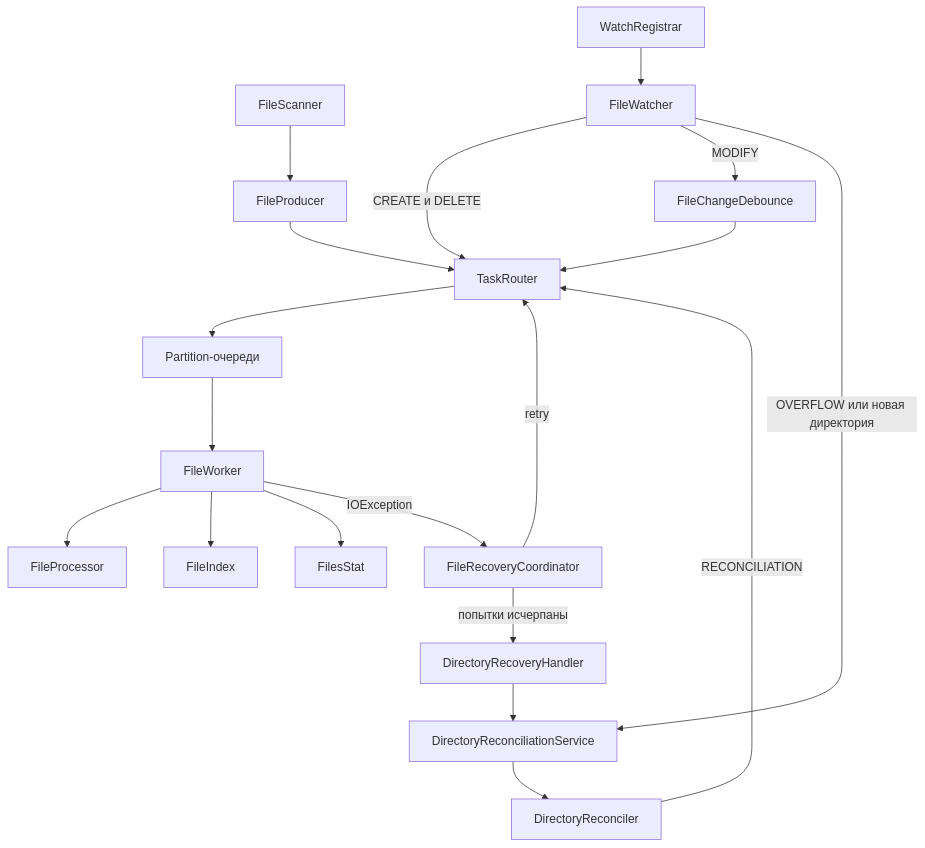
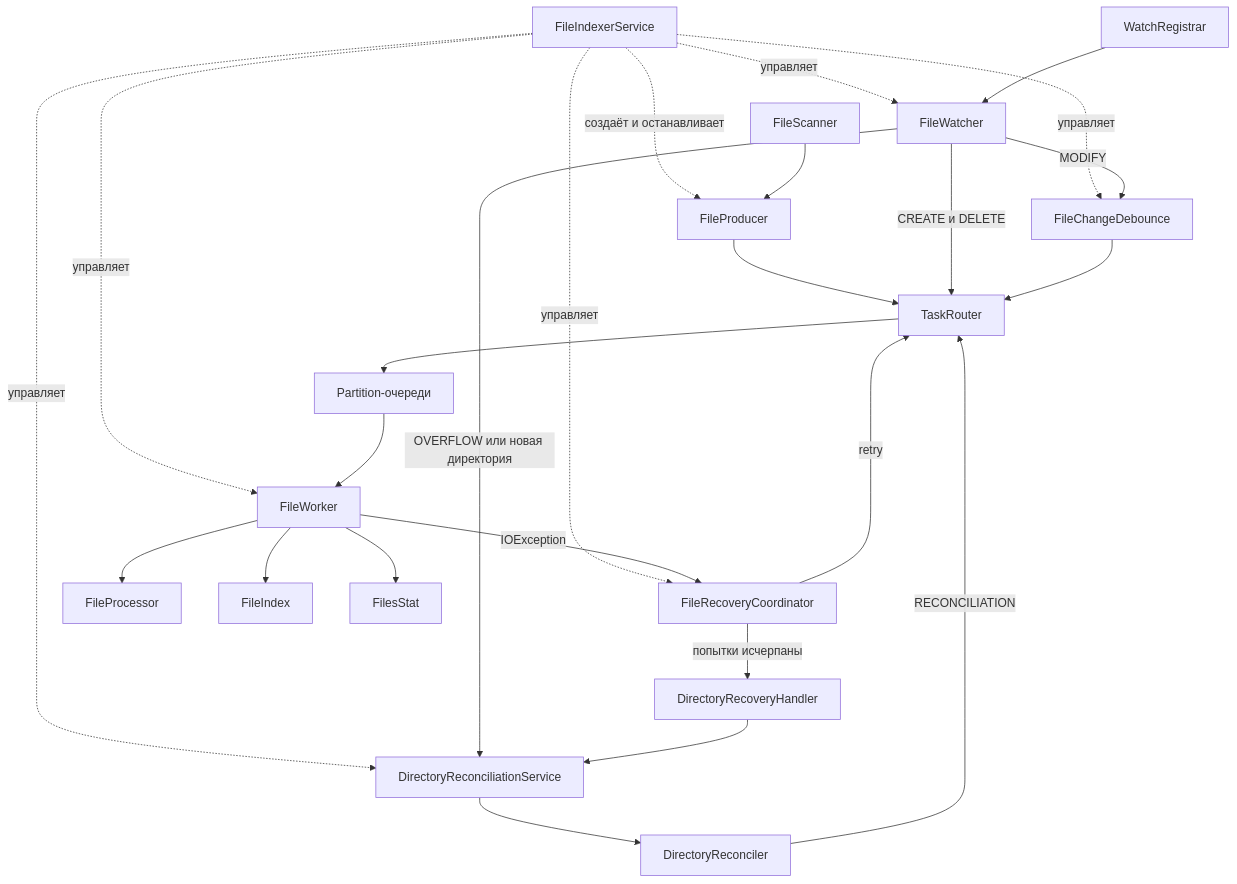
The diagram in README.md (YoungJEFR/File-Checker), drawn with Mermaid before and after one commit. The commit also changed other lines of this file and 9 other files, not shown here.

````diff
--- a/README.md
+++ b/README.md
@@ -34,25 +39,32 @@
 ```mermaid
 flowchart TD
+    Lifecycle[FileIndexerService] -. создаёт и останавливает .-> Producer
+    Lifecycle -. управляет .-> Watcher
+    Lifecycle -. управляет .-> Workers
+    Lifecycle -. управляет .-> Debounce
+    Lifecycle -. управляет .-> Service
+    Lifecycle -. управляет .-> Recovery
+
     Scanner[FileScanner] --> Producer[FileProducer]
     Producer --> Router[TaskRouter]
 
     Registrar[WatchRegistrar] --> Watcher[FileWatcher]
     Watcher -->|CREATE и DELETE| Router
     Watcher -->|MODIFY| Debounce[FileChangeDebounce]
     Debounce --> Router
 
     Watcher -->|OVERFLOW или новая директория| Service[DirectoryReconciliationService]
     Service --> Reconciler[DirectoryReconciler]
     Reconciler -->|RECONCILIATION| Router
 
     Router --> Queues[Partition-очереди]
     Queues --> Workers[FileWorker]
     Workers --> Processor[FileProcessor]
     Workers --> Index[FileIndex]
     Workers --> Statistics[FilesStat]
 
     Workers -->|IOException| Recovery[FileRecoveryCoordinator]
     Recovery -->|retry| Router
     Recovery -->|попытки исчерпаны| Handler[DirectoryRecoveryHandler]
     Handler --> Service
 ```
````
